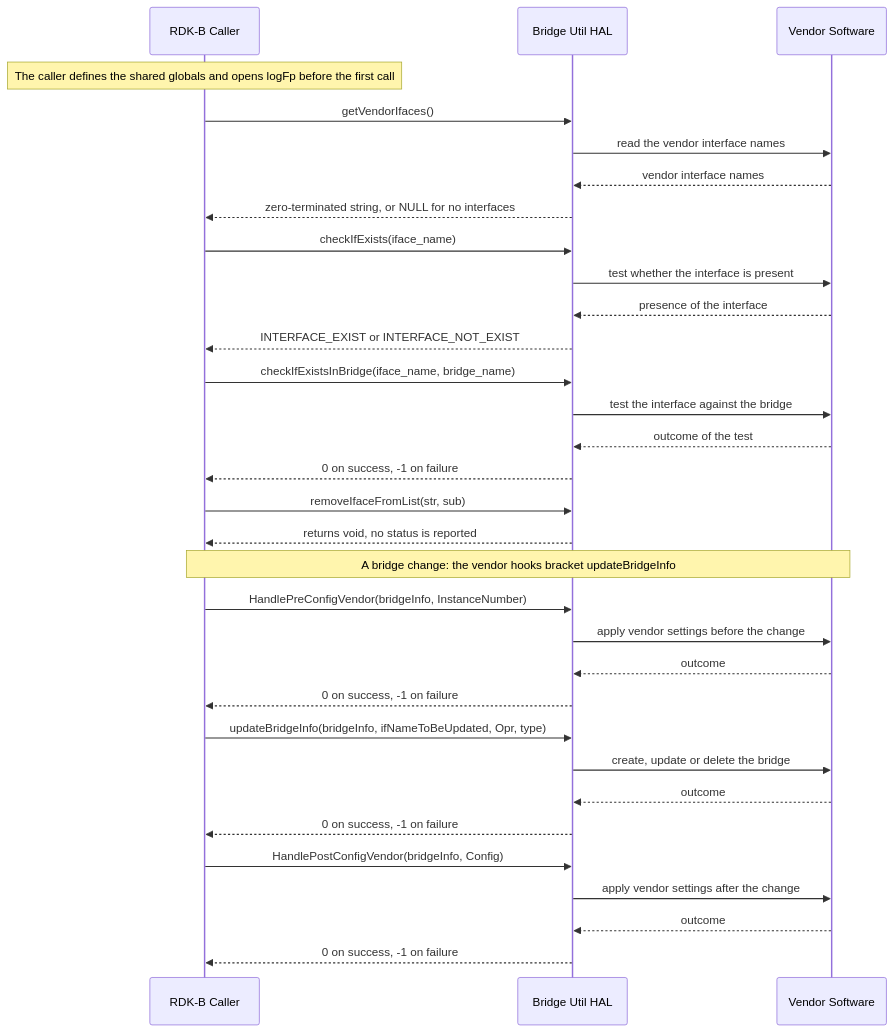
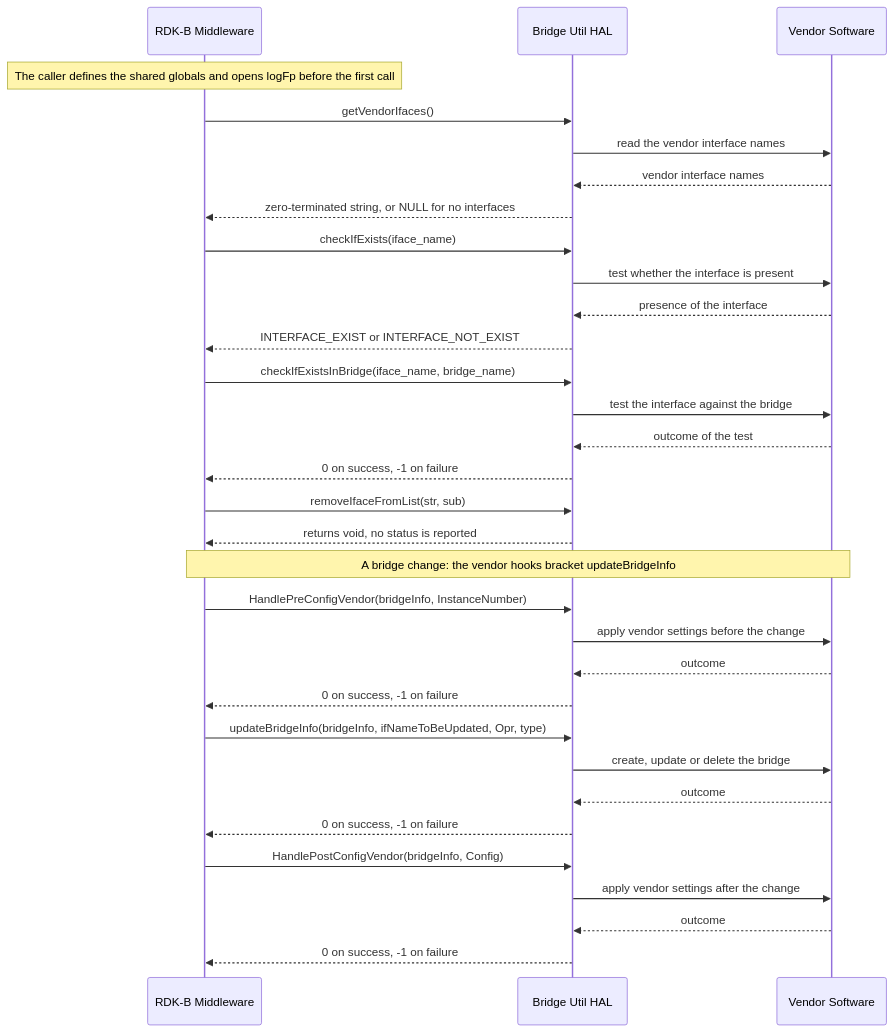
The second of 2 diagrams in docs/pages/halSpec.md (Blitzy-Sky/rdkb-halif-bridge-util), drawn with Mermaid before and after one commit. The commit also changed other lines of this file, not shown here.

First line of the commit message:
docs: simplify the Bridge_Util_HAL specification

````diff
--- a/docs/pages/halSpec.md
+++ b/docs/pages/halSpec.md
@@ -523,34 +422,34 @@
 ```mermaid
 sequenceDiagram
-    participant C as RDK-B Caller
-    participant H as Bridge Util HAL
-    participant V as Vendor Software
-    Note over C: The caller defines the shared globals and opens logFp before the first call
-    C->>H: getVendorIfaces()
-    H->>V: read the vendor interface names
-    V-->>H: vendor interface names
-    H-->>C: zero-terminated string, or NULL for no interfaces
-    C->>H: checkIfExists(iface_name)
-    H->>V: test whether the interface is present
-    V-->>H: presence of the interface
-    H-->>C: INTERFACE_EXIST or INTERFACE_NOT_EXIST
-    C->>H: checkIfExistsInBridge(iface_name, bridge_name)
-    H->>V: test the interface against the bridge
-    V-->>H: outcome of the test
-    H-->>C: 0 on success, -1 on failure
-    C->>H: removeIfaceFromList(str, sub)
-    H-->>C: returns void, no status is reported
-    Note over C,V: A bridge change: the vendor hooks bracket updateBridgeInfo
-    C->>H: HandlePreConfigVendor(bridgeInfo, InstanceNumber)
-    H->>V: apply vendor settings before the change
-    V-->>H: outcome
-    H-->>C: 0 on success, -1 on failure
-    C->>H: updateBridgeInfo(bridgeInfo, ifNameToBeUpdated, Opr, type)
-    H->>V: create, update or delete the bridge
-    V-->>H: outcome
-    H-->>C: 0 on success, -1 on failure
-    C->>H: HandlePostConfigVendor(bridgeInfo, Config)
-    H->>V: apply vendor settings after the change
-    V-->>H: outcome
-    H-->>C: 0 on success, -1 on failure
+    participant Caller as RDK-B Middleware
+    participant HAL as Bridge Util HAL
+    participant Vendor as Vendor Software
+    Note over Caller: The caller defines the shared globals and opens logFp before the first call
+    Caller->>HAL: getVendorIfaces()
+    HAL->>Vendor: read the vendor interface names
+    Vendor-->>HAL: vendor interface names
+    HAL-->>Caller: zero-terminated string, or NULL for no interfaces
+    Caller->>HAL: checkIfExists(iface_name)
+    HAL->>Vendor: test whether the interface is present
+    Vendor-->>HAL: presence of the interface
+    HAL-->>Caller: INTERFACE_EXIST or INTERFACE_NOT_EXIST
+    Caller->>HAL: checkIfExistsInBridge(iface_name, bridge_name)
+    HAL->>Vendor: test the interface against the bridge
+    Vendor-->>HAL: outcome of the test
+    HAL-->>Caller: 0 on success, -1 on failure
+    Caller->>HAL: removeIfaceFromList(str, sub)
+    HAL-->>Caller: returns void, no status is reported
+    Note over Caller,Vendor: A bridge change: the vendor hooks bracket updateBridgeInfo
+    Caller->>HAL: HandlePreConfigVendor(bridgeInfo, InstanceNumber)
+    HAL->>Vendor: apply vendor settings before the change
+    Vendor-->>HAL: outcome
+    HAL-->>Caller: 0 on success, -1 on failure
+    Caller->>HAL: updateBridgeInfo(bridgeInfo, ifNameToBeUpdated, Opr, type)
+    HAL->>Vendor: create, update or delete the bridge
+    Vendor-->>HAL: outcome
+    HAL-->>Caller: 0 on success, -1 on failure
+    Caller->>HAL: HandlePostConfigVendor(bridgeInfo, Config)
+    HAL->>Vendor: apply vendor settings after the change
+    Vendor-->>HAL: outcome
+    HAL-->>Caller: 0 on success, -1 on failure
 ```
````
